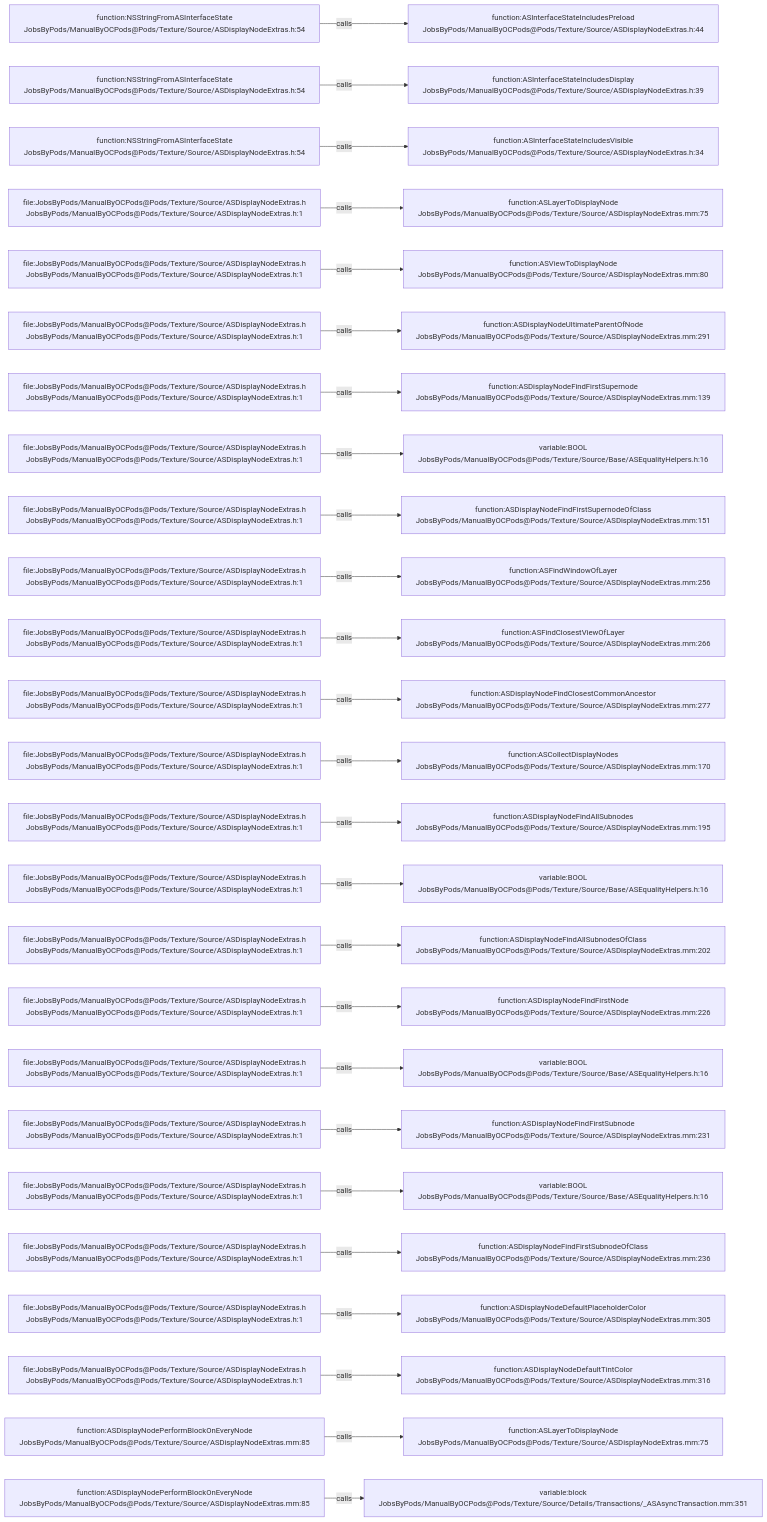
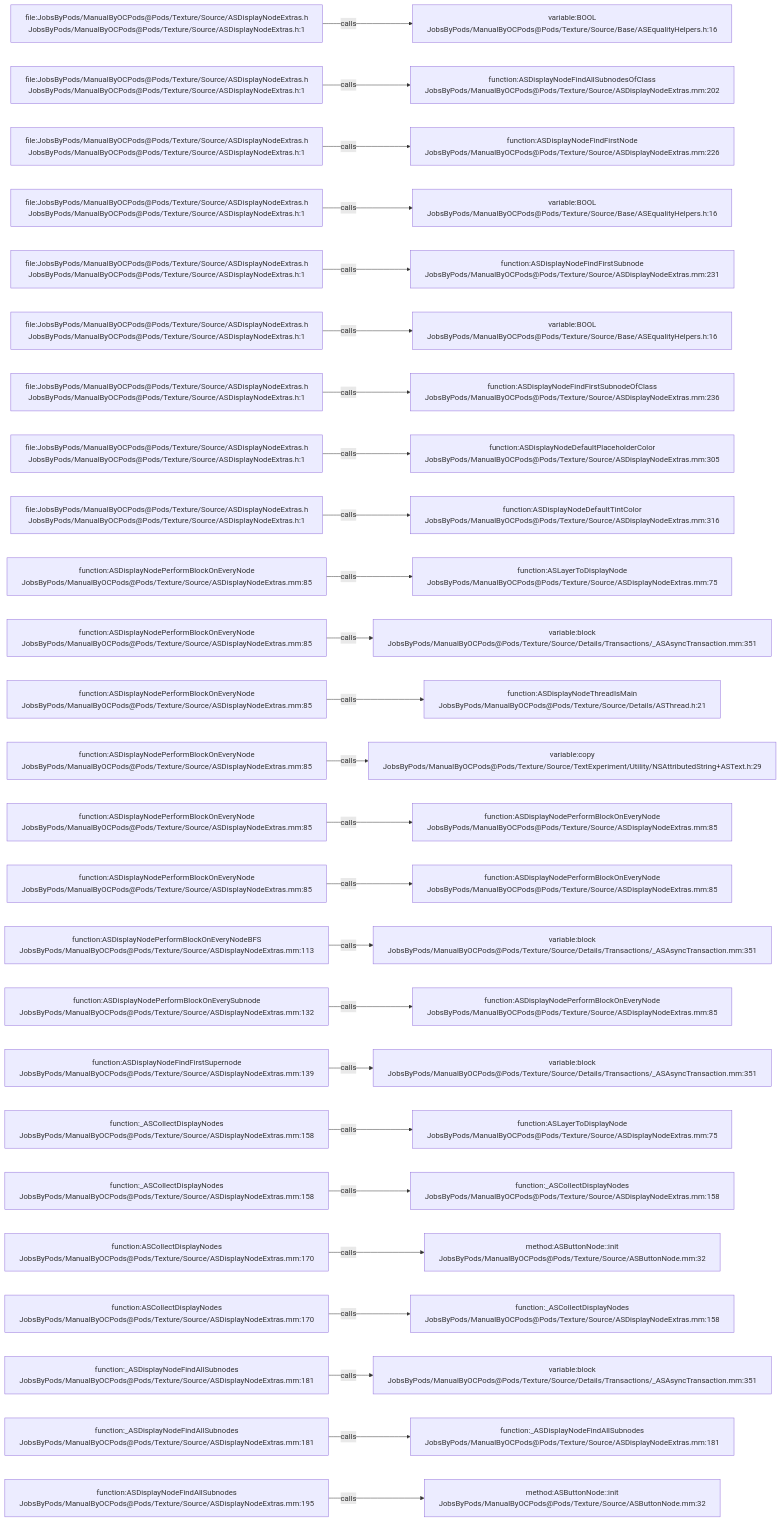
Before and after one commit to JobsKits/JobsOCBaseConfigDemo: the diagram in .codegraph/codegraph.md/graphs/calls-107.md, drawn with Mermaid. The commit also changed 296 other files, not shown here.

````diff
--- a/.codegraph/codegraph.md/graphs/calls-107.md
+++ b/.codegraph/codegraph.md/graphs/calls-107.md
@@ -13,78 +13,78 @@
 ```mermaid
 flowchart LR
-  S1["function:NSStringFromASInterfaceState<br/>JobsByPods/ManualByOCPods@Pods/Texture/Source/ASDisplayNodeExtras.h:54"]
-  T1["function:ASInterfaceStateIncludesPreload<br/>JobsByPods/ManualByOCPods@Pods/Texture/Source/ASDisplayNodeExtras.h:44"]
+  S1["file:JobsByPods/ManualByOCPods@Pods/Texture/Source/ASDisplayNodeExtras.h<br/>JobsByPods/ManualByOCPods@Pods/Texture/Source/ASDisplayNodeExtras.h:1"]
+  T1["variable:BOOL<br/>JobsByPods/ManualByOCPods@Pods/Texture/Source/Base/ASEqualityHelpers.h:16"]
   S1 -->|calls| T1
-  S2["function:NSStringFromASInterfaceState<br/>JobsByPods/ManualByOCPods@Pods/Texture/Source/ASDisplayNodeExtras.h:54"]
-  T2["function:ASInterfaceStateIncludesDisplay<br/>JobsByPods/ManualByOCPods@Pods/Texture/Source/ASDisplayNodeExtras.h:39"]
+  S2["file:JobsByPods/ManualByOCPods@Pods/Texture/Source/ASDisplayNodeExtras.h<br/>JobsByPods/ManualByOCPods@Pods/Texture/Source/ASDisplayNodeExtras.h:1"]
+  T2["function:ASDisplayNodeFindAllSubnodesOfClass<br/>JobsByPods/ManualByOCPods@Pods/Texture/Source/ASDisplayNodeExtras.mm:202"]
   S2 -->|calls| T2
-  S3["function:NSStringFromASInterfaceState<br/>JobsByPods/ManualByOCPods@Pods/Texture/Source/ASDisplayNodeExtras.h:54"]
-  T3["function:ASInterfaceStateIncludesVisible<br/>JobsByPods/ManualByOCPods@Pods/Texture/Source/ASDisplayNodeExtras.h:34"]
+  S3["file:JobsByPods/ManualByOCPods@Pods/Texture/Source/ASDisplayNodeExtras.h<br/>JobsByPods/ManualByOCPods@Pods/Texture/Source/ASDisplayNodeExtras.h:1"]
+  T3["function:ASDisplayNodeFindFirstNode<br/>JobsByPods/ManualByOCPods@Pods/Texture/Source/ASDisplayNodeExtras.mm:226"]
   S3 -->|calls| T3
   S4["file:JobsByPods/ManualByOCPods@Pods/Texture/Source/ASDisplayNodeExtras.h<br/>JobsByPods/ManualByOCPods@Pods/Texture/Source/ASDisplayNodeExtras.h:1"]
-  T4["function:ASLayerToDisplayNode<br/>JobsByPods/ManualByOCPods@Pods/Texture/Source/ASDisplayNodeExtras.mm:75"]
+  T4["variable:BOOL<br/>JobsByPods/ManualByOCPods@Pods/Texture/Source/Base/ASEqualityHelpers.h:16"]
   S4 -->|calls| T4
   S5["file:JobsByPods/ManualByOCPods@Pods/Texture/Source/ASDisplayNodeExtras.h<br/>JobsByPods/ManualByOCPods@Pods/Texture/Source/ASDisplayNodeExtras.h:1"]
-  T5["function:ASViewToDisplayNode<br/>JobsByPods/ManualByOCPods@Pods/Texture/Source/ASDisplayNodeExtras.mm:80"]
+  T5["function:ASDisplayNodeFindFirstSubnode<br/>JobsByPods/ManualByOCPods@Pods/Texture/Source/ASDisplayNodeExtras.mm:231"]
   S5 -->|calls| T5
   S6["file:JobsByPods/ManualByOCPods@Pods/Texture/Source/ASDisplayNodeExtras.h<br/>JobsByPods/ManualByOCPods@Pods/Texture/Source/ASDisplayNodeExtras.h:1"]
-  T6["function:ASDisplayNodeUltimateParentOfNode<br/>JobsByPods/ManualByOCPods@Pods/Texture/Source/ASDisplayNodeExtras.mm:291"]
+  T6["variable:BOOL<br/>JobsByPods/ManualByOCPods@Pods/Texture/Source/Base/ASEqualityHelpers.h:16"]
   S6 -->|calls| T6
   S7["file:JobsByPods/ManualByOCPods@Pods/Texture/Source/ASDisplayNodeExtras.h<br/>JobsByPods/ManualByOCPods@Pods/Texture/Source/ASDisplayNodeExtras.h:1"]
-  T7["function:ASDisplayNodeFindFirstSupernode<br/>JobsByPods/ManualByOCPods@Pods/Texture/Source/ASDisplayNodeExtras.mm:139"]
+  T7["function:ASDisplayNodeFindFirstSubnodeOfClass<br/>JobsByPods/ManualByOCPods@Pods/Texture/Source/ASDisplayNodeExtras.mm:236"]
   S7 -->|calls| T7
   S8["file:JobsByPods/ManualByOCPods@Pods/Texture/Source/ASDisplayNodeExtras.h<br/>JobsByPods/ManualByOCPods@Pods/Texture/Source/ASDisplayNodeExtras.h:1"]
-  T8["variable:BOOL<br/>JobsByPods/ManualByOCPods@Pods/Texture/Source/Base/ASEqualityHelpers.h:16"]
+  T8["function:ASDisplayNodeDefaultPlaceholderColor<br/>JobsByPods/ManualByOCPods@Pods/Texture/Source/ASDisplayNodeExtras.mm:305"]
   S8 -->|calls| T8
   S9["file:JobsByPods/ManualByOCPods@Pods/Texture/Source/ASDisplayNodeExtras.h<br/>JobsByPods/ManualByOCPods@Pods/Texture/Source/ASDisplayNodeExtras.h:1"]
-  T9["function:ASDisplayNodeFindFirstSupernodeOfClass<br/>JobsByPods/ManualByOCPods@Pods/Texture/Source/ASDisplayNodeExtras.mm:151"]
+  T9["function:ASDisplayNodeDefaultTintColor<br/>JobsByPods/ManualByOCPods@Pods/Texture/Source/ASDisplayNodeExtras.mm:316"]
   S9 -->|calls| T9
-  S10["file:JobsByPods/ManualByOCPods@Pods/Texture/Source/ASDisplayNodeExtras.h<br/>JobsByPods/ManualByOCPods@Pods/Texture/Source/ASDisplayNodeExtras.h:1"]
-  T10["function:ASFindWindowOfLayer<br/>JobsByPods/ManualByOCPods@Pods/Texture/Source/ASDisplayNodeExtras.mm:256"]
+  S10["function:ASDisplayNodePerformBlockOnEveryNode<br/>JobsByPods/ManualByOCPods@Pods/Texture/Source/ASDisplayNodeExtras.mm:85"]
+  T10["function:ASLayerToDisplayNode<br/>JobsByPods/ManualByOCPods@Pods/Texture/Source/ASDisplayNodeExtras.mm:75"]
   S10 -->|calls| T10
-  S11["file:JobsByPods/ManualByOCPods@Pods/Texture/Source/ASDisplayNodeExtras.h<br/>JobsByPods/ManualByOCPods@Pods/Texture/Source/ASDisplayNodeExtras.h:1"]
-  T11["function:ASFindClosestViewOfLayer<br/>JobsByPods/ManualByOCPods@Pods/Texture/Source/ASDisplayNodeExtras.mm:266"]
+  S11["function:ASDisplayNodePerformBlockOnEveryNode<br/>JobsByPods/ManualByOCPods@Pods/Texture/Source/ASDisplayNodeExtras.mm:85"]
+  T11["variable:block<br/>JobsByPods/ManualByOCPods@Pods/Texture/Source/Details/Transactions/_ASAsyncTransaction.mm:351"]
   S11 -->|calls| T11
-  S12["file:JobsByPods/ManualByOCPods@Pods/Texture/Source/ASDisplayNodeExtras.h<br/>JobsByPods/ManualByOCPods@Pods/Texture/Source/ASDisplayNodeExtras.h:1"]
-  T12["function:ASDisplayNodeFindClosestCommonAncestor<br/>JobsByPods/ManualByOCPods@Pods/Texture/Source/ASDisplayNodeExtras.mm:277"]
+  S12["function:ASDisplayNodePerformBlockOnEveryNode<br/>JobsByPods/ManualByOCPods@Pods/Texture/Source/ASDisplayNodeExtras.mm:85"]
+  T12["function:ASDisplayNodeThreadIsMain<br/>JobsByPods/ManualByOCPods@Pods/Texture/Source/Details/ASThread.h:21"]
   S12 -->|calls| T12
-  S13["file:JobsByPods/ManualByOCPods@Pods/Texture/Source/ASDisplayNodeExtras.h<br/>JobsByPods/ManualByOCPods@Pods/Texture/Source/ASDisplayNodeExtras.h:1"]
-  T13["function:ASCollectDisplayNodes<br/>JobsByPods/ManualByOCPods@Pods/Texture/Source/ASDisplayNodeExtras.mm:170"]
+  S13["function:ASDisplayNodePerformBlockOnEveryNode<br/>JobsByPods/ManualByOCPods@Pods/Texture/Source/ASDisplayNodeExtras.mm:85"]
+  T13["variable:copy<br/>JobsByPods/ManualByOCPods@Pods/Texture/Source/TextExperiment/Utility/NSAttributedString+ASText.h:29"]
   S13 -->|calls| T13
-  S14["file:JobsByPods/ManualByOCPods@Pods/Texture/Source/ASDisplayNodeExtras.h<br/>JobsByPods/ManualByOCPods@Pods/Texture/Source/ASDisplayNodeExtras.h:1"]
-  T14["function:ASDisplayNodeFindAllSubnodes<br/>JobsByPods/ManualByOCPods@Pods/Texture/Source/ASDisplayNodeExtras.mm:195"]
+  S14["function:ASDisplayNodePerformBlockOnEveryNode<br/>JobsByPods/ManualByOCPods@Pods/Texture/Source/ASDisplayNodeExtras.mm:85"]
+  T14["function:ASDisplayNodePerformBlockOnEveryNode<br/>JobsByPods/ManualByOCPods@Pods/Texture/Source/ASDisplayNodeExtras.mm:85"]
   S14 -->|calls| T14
-  S15["file:JobsByPods/ManualByOCPods@Pods/Texture/Source/ASDisplayNodeExtras.h<br/>JobsByPods/ManualByOCPods@Pods/Texture/Source/ASDisplayNodeExtras.h:1"]
-  T15["variable:BOOL<br/>JobsByPods/ManualByOCPods@Pods/Texture/Source/Base/ASEqualityHelpers.h:16"]
+  S15["function:ASDisplayNodePerformBlockOnEveryNode<br/>JobsByPods/ManualByOCPods@Pods/Texture/Source/ASDisplayNodeExtras.mm:85"]
+  T15["function:ASDisplayNodePerformBlockOnEveryNode<br/>JobsByPods/ManualByOCPods@Pods/Texture/Source/ASDisplayNodeExtras.mm:85"]
   S15 -->|calls| T15
-  S16["file:JobsByPods/ManualByOCPods@Pods/Texture/Source/ASDisplayNodeExtras.h<br/>JobsByPods/ManualByOCPods@Pods/Texture/Source/ASDisplayNodeExtras.h:1"]
-  T16["function:ASDisplayNodeFindAllSubnodesOfClass<br/>JobsByPods/ManualByOCPods@Pods/Texture/Source/ASDisplayNodeExtras.mm:202"]
+  S16["function:ASDisplayNodePerformBlockOnEveryNodeBFS<br/>JobsByPods/ManualByOCPods@Pods/Texture/Source/ASDisplayNodeExtras.mm:113"]
+  T16["variable:block<br/>JobsByPods/ManualByOCPods@Pods/Texture/Source/Details/Transactions/_ASAsyncTransaction.mm:351"]
   S16 -->|calls| T16
-  S17["file:JobsByPods/ManualByOCPods@Pods/Texture/Source/ASDisplayNodeExtras.h<br/>JobsByPods/ManualByOCPods@Pods/Texture/Source/ASDisplayNodeExtras.h:1"]
-  T17["function:ASDisplayNodeFindFirstNode<br/>JobsByPods/ManualByOCPods@Pods/Texture/Source/ASDisplayNodeExtras.mm:226"]
+  S17["function:ASDisplayNodePerformBlockOnEverySubnode<br/>JobsByPods/ManualByOCPods@Pods/Texture/Source/ASDisplayNodeExtras.mm:132"]
+  T17["function:ASDisplayNodePerformBlockOnEveryNode<br/>JobsByPods/ManualByOCPods@Pods/Texture/Source/ASDisplayNodeExtras.mm:85"]
   S17 -->|calls| T17
-  S18["file:JobsByPods/ManualByOCPods@Pods/Texture/Source/ASDisplayNodeExtras.h<br/>JobsByPods/ManualByOCPods@Pods/Texture/Source/ASDisplayNodeExtras.h:1"]
-  T18["variable:BOOL<br/>JobsByPods/ManualByOCPods@Pods/Texture/Source/Base/ASEqualityHelpers.h:16"]
+  S18["function:ASDisplayNodeFindFirstSupernode<br/>JobsByPods/ManualByOCPods@Pods/Texture/Source/ASDisplayNodeExtras.mm:139"]
+  T18["variable:block<br/>JobsByPods/ManualByOCPods@Pods/Texture/Source/Details/Transactions/_ASAsyncTransaction.mm:351"]
   S18 -->|calls| T18
-  S19["file:JobsByPods/ManualByOCPods@Pods/Texture/Source/ASDisplayNodeExtras.h<br/>JobsByPods/ManualByOCPods@Pods/Texture/Source/ASDisplayNodeExtras.h:1"]
-  T19["function:ASDisplayNodeFindFirstSubnode<br/>JobsByPods/ManualByOCPods@Pods/Texture/Source/ASDisplayNodeExtras.mm:231"]
+  S19["function:_ASCollectDisplayNodes<br/>JobsByPods/ManualByOCPods@Pods/Texture/Source/ASDisplayNodeExtras.mm:158"]
+  T19["function:ASLayerToDisplayNode<br/>JobsByPods/ManualByOCPods@Pods/Texture/Source/ASDisplayNodeExtras.mm:75"]
   S19 -->|calls| T19
-  S20["file:JobsByPods/ManualByOCPods@Pods/Texture/Source/ASDisplayNodeExtras.h<br/>JobsByPods/ManualByOCPods@Pods/Texture/Source/ASDisplayNodeExtras.h:1"]
-  T20["variable:BOOL<br/>JobsByPods/ManualByOCPods@Pods/Texture/Source/Base/ASEqualityHelpers.h:16"]
+  S20["function:_ASCollectDisplayNodes<br/>JobsByPods/ManualByOCPods@Pods/Texture/Source/ASDisplayNodeExtras.mm:158"]
+  T20["function:_ASCollectDisplayNodes<br/>JobsByPods/ManualByOCPods@Pods/Texture/Source/ASDisplayNodeExtras.mm:158"]
   S20 -->|calls| T20
-  S21["file:JobsByPods/ManualByOCPods@Pods/Texture/Source/ASDisplayNodeExtras.h<br/>JobsByPods/ManualByOCPods@Pods/Texture/Source/ASDisplayNodeExtras.h:1"]
-  T21["function:ASDisplayNodeFindFirstSubnodeOfClass<br/>JobsByPods/ManualByOCPods@Pods/Texture/Source/ASDisplayNodeExtras.mm:236"]
+  S21["function:ASCollectDisplayNodes<br/>JobsByPods/ManualByOCPods@Pods/Texture/Source/ASDisplayNodeExtras.mm:170"]
+  T21["method:ASButtonNode::init<br/>JobsByPods/ManualByOCPods@Pods/Texture/Source/ASButtonNode.mm:32"]
   S21 -->|calls| T21
-  S22["file:JobsByPods/ManualByOCPods@Pods/Texture/Source/ASDisplayNodeExtras.h<br/>JobsByPods/ManualByOCPods@Pods/Texture/Source/ASDisplayNodeExtras.h:1"]
-  T22["function:ASDisplayNodeDefaultPlaceholderColor<br/>JobsByPods/ManualByOCPods@Pods/Texture/Source/ASDisplayNodeExtras.mm:305"]
+  S22["function:ASCollectDisplayNodes<br/>JobsByPods/ManualByOCPods@Pods/Texture/Source/ASDisplayNodeExtras.mm:170"]
+  T22["function:_ASCollectDisplayNodes<br/>JobsByPods/ManualByOCPods@Pods/Texture/Source/ASDisplayNodeExtras.mm:158"]
   S22 -->|calls| T22
-  S23["file:JobsByPods/ManualByOCPods@Pods/Texture/Source/ASDisplayNodeExtras.h<br/>JobsByPods/ManualByOCPods@Pods/Texture/Source/ASDisplayNodeExtras.h:1"]
-  T23["function:ASDisplayNodeDefaultTintColor<br/>JobsByPods/ManualByOCPods@Pods/Texture/Source/ASDisplayNodeExtras.mm:316"]
+  S23["function:_ASDisplayNodeFindAllSubnodes<br/>JobsByPods/ManualByOCPods@Pods/Texture/Source/ASDisplayNodeExtras.mm:181"]
+  T23["variable:block<br/>JobsByPods/ManualByOCPods@Pods/Texture/Source/Details/Transactions/_ASAsyncTransaction.mm:351"]
   S23 -->|calls| T23
-  S24["function:ASDisplayNodePerformBlockOnEveryNode<br/>JobsByPods/ManualByOCPods@Pods/Texture/Source/ASDisplayNodeExtras.mm:85"]
-  T24["function:ASLayerToDisplayNode<br/>JobsByPods/ManualByOCPods@Pods/Texture/Source/ASDisplayNodeExtras.mm:75"]
+  S24["function:_ASDisplayNodeFindAllSubnodes<br/>JobsByPods/ManualByOCPods@Pods/Texture/Source/ASDisplayNodeExtras.mm:181"]
+  T24["function:_ASDisplayNodeFindAllSubnodes<br/>JobsByPods/ManualByOCPods@Pods/Texture/Source/ASDisplayNodeExtras.mm:181"]
   S24 -->|calls| T24
-  S25["function:ASDisplayNodePerformBlockOnEveryNode<br/>JobsByPods/ManualByOCPods@Pods/Texture/Source/ASDisplayNodeExtras.mm:85"]
-  T25["variable:block<br/>JobsByPods/ManualByOCPods@Pods/Texture/Source/Details/Transactions/_ASAsyncTransaction.mm:351"]
+  S25["function:ASDisplayNodeFindAllSubnodes<br/>JobsByPods/ManualByOCPods@Pods/Texture/Source/ASDisplayNodeExtras.mm:195"]
+  T25["method:ASButtonNode::init<br/>JobsByPods/ManualByOCPods@Pods/Texture/Source/ASButtonNode.mm:32"]
   S25 -->|calls| T25
 ```
````
